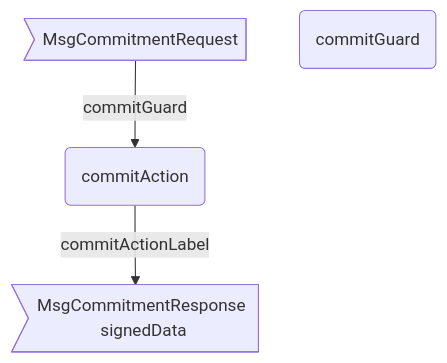
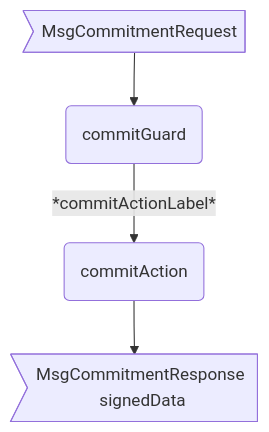
Before and after one commit to anoma/nspec: the diagram in docs/arch/node/engines/commitment_behaviour.juvix.md, drawn with Mermaid.

````diff
--- a/docs/arch/node/engines/commitment_behaviour.juvix.md
+++ b/docs/arch/node/engines/commitment_behaviour.juvix.md
@@ -320,8 +320,8 @@
 ```mermaid
 flowchart TD
   CM>MsgCommitmentRequest]
   A(commitAction)
   RE>MsgCommitmentResponse signedData]
   G(commitGuard)
-  CM --commitGuard--> A --commitActionLabel--> RE
+  CM --> G --*commitActionLabel*--> A --> RE
 ```
````
